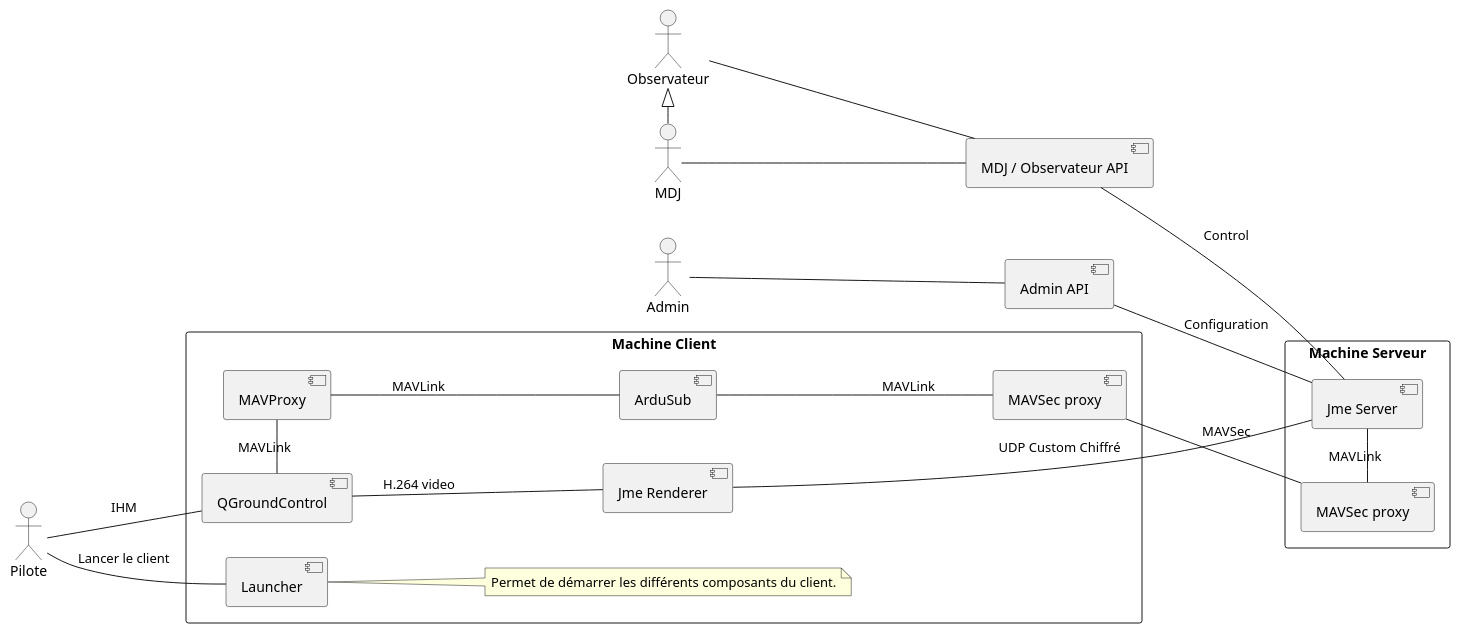
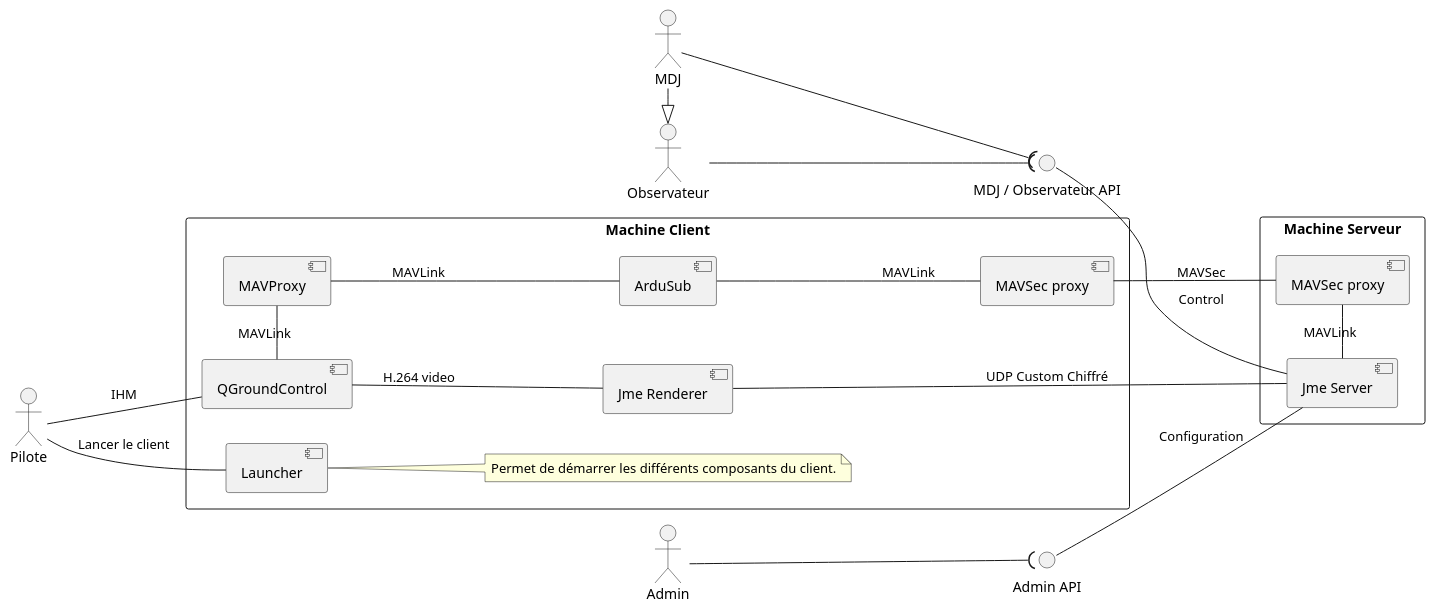
The diagram in doc/ardupilot_client_components.puml (tombartos/SAE-DRONE), drawn with PlantUML before and after one commit. The commit also changed 1 other file, not shown here.

Commit message:
Utiliser des interface UML pour les API

```diff
--- a/doc/ardupilot_client_components.puml
+++ b/doc/ardupilot_client_components.puml
@@ -1,49 +1,50 @@
 @startuml
 
 left to right direction
 
 actor Pilote
 actor MDJ
 actor Admin
 actor Observateur
 
-MDJ -left-|> Observateur
+MDJ -right-|> Observateur
 
 rectangle "Machine Client" {
     component Launcher
     component QGroundControl
     component MAVProxy
     component ArduSub
     component "Jme Renderer" as JmeRenderer
     component "MAVSec proxy" as SecProxy1
 
     Pilote -- QGroundControl : IHM
     Pilote -- Launcher : Lancer le client
     note right of Launcher
         Permet de démarrer les différents composants du client.
     end note
     QGroundControl -left- MAVProxy : MAVLink
     MAVProxy -- ArduSub : MAVLink
     ArduSub -- SecProxy1 : MAVLink
     QGroundControl -down- JmeRenderer : H.264 video
 }
 
-component "MDJ / Observateur API" as MDJAPI
-component "Admin API" as AdminClient
+interface "MDJ / Observateur API" as MDJAPI
+interface "Admin API" as AdminClient
 
 
 rectangle "Machine Serveur" {
     component "Jme Server" as JmeServer
     component "MAVSec proxy" as SecProxy2
 
-    JmeRenderer -- JmeServer : UDP Custom Chiffré
+    JmeRenderer - JmeServer : UDP Custom Chiffré
     MDJAPI -- JmeServer : Control
     AdminClient -- JmeServer : Configuration
+    SecProxy2 -left- JmeServer : MAVLink
     SecProxy1 -- SecProxy2 : MAVSec
-    SecProxy2 -left- JmeServer : MAVLink
 }
-MDJ -- MDJAPI
-Admin -- AdminClient
-Observateur -- MDJAPI
+
+MDJ --( MDJAPI
+Admin --( AdminClient
+Observateur --( MDJAPI
 
 @enduml
```
